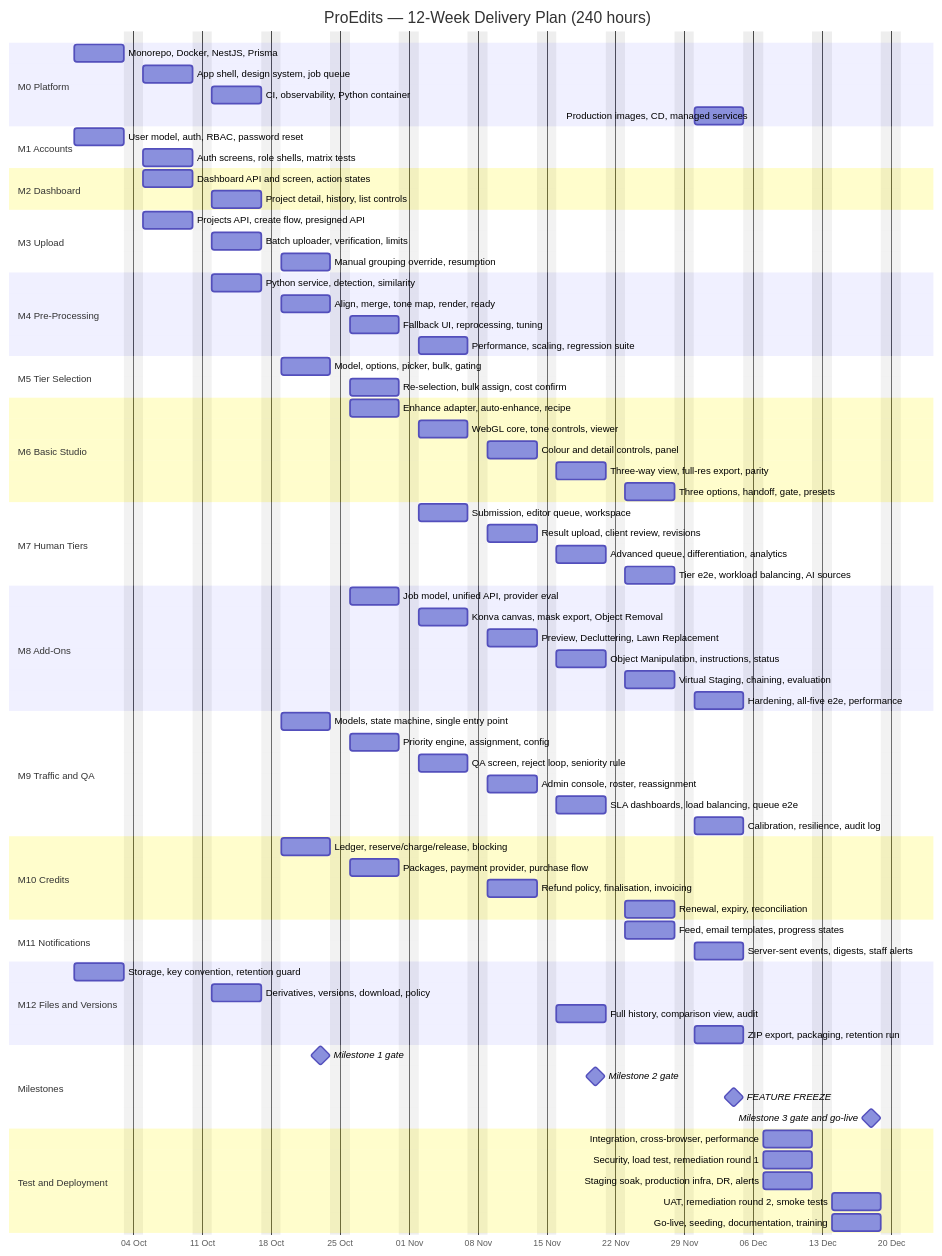
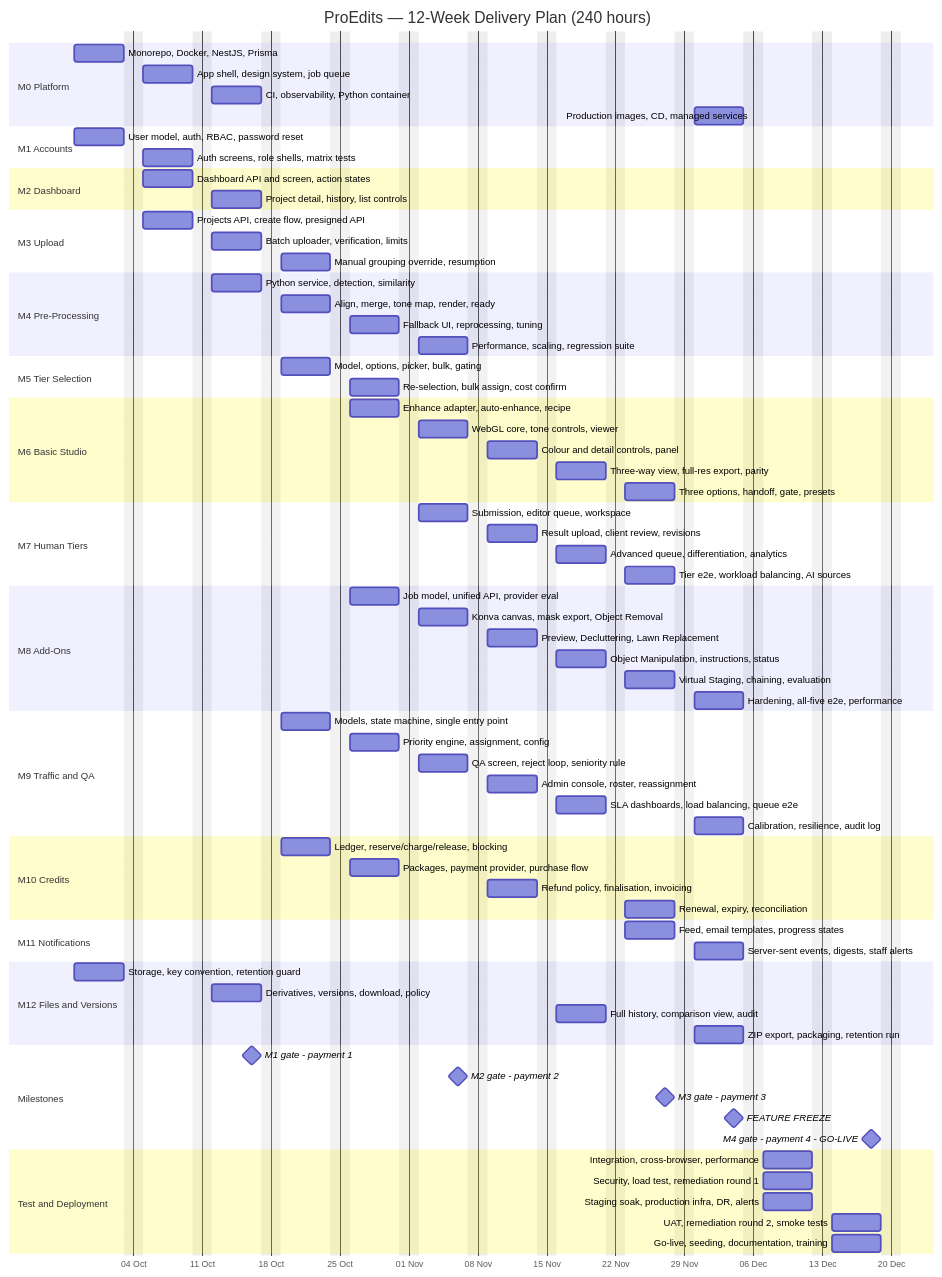
One commit to Abdullahbinaqeel/proedits-delivery-plan changed the diagram in plan.md. Above: the diagram before and after it, drawn with Mermaid. The commit also changed other lines of this file and 3 other files, not shown here.

```diff
--- a/plan.md
+++ b/plan.md
@@ -454,10 +493,11 @@
     ZIP export, packaging, retention run     :v4, 2026-11-30, 5d
 
     section Milestones
-    Milestone 1 gate                         :milestone, m1, 2026-10-23, 0d
-    Milestone 2 gate                         :milestone, m2, 2026-11-20, 0d
+    M1 gate - payment 1                      :milestone, m1, 2026-10-16, 0d
+    M2 gate - payment 2                      :milestone, m2, 2026-11-06, 0d
+    M3 gate - payment 3                      :milestone, m3, 2026-11-27, 0d
     FEATURE FREEZE                           :milestone, ff, 2026-12-04, 0d
-    Milestone 3 gate and go-live             :milestone, m3, 2026-12-18, 0d
+    M4 gate - payment 4 - GO-LIVE            :milestone, m4, 2026-12-18, 0d
 
     section Test and Deployment
     Integration, cross-browser, performance  :s1, 2026-12-07, 5d
```
